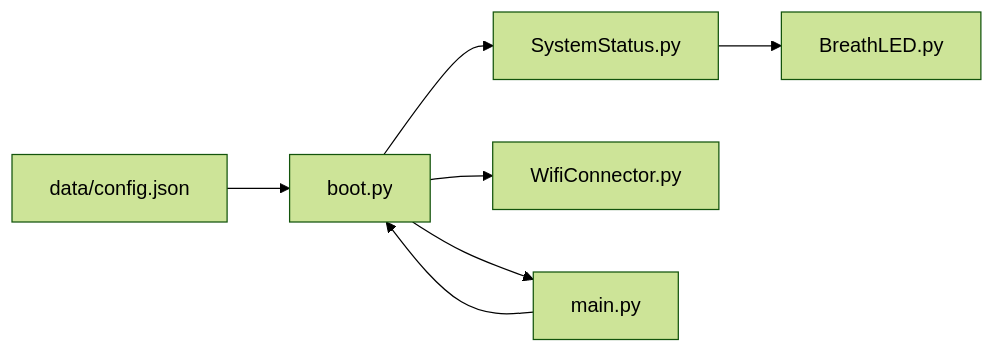
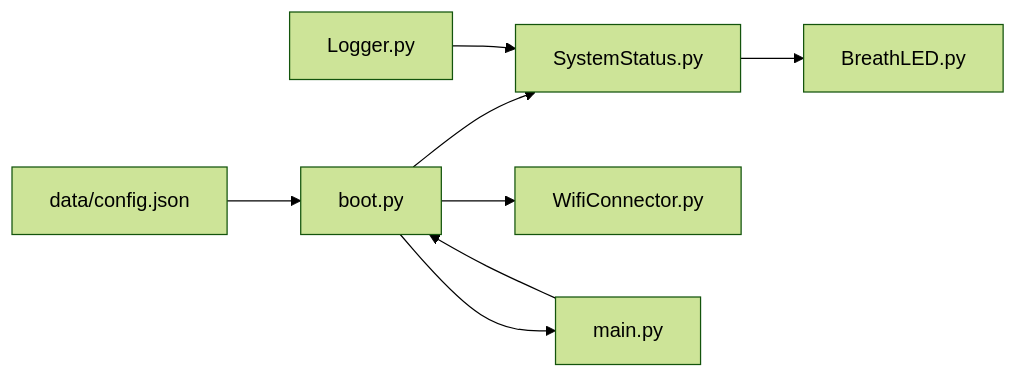
The sixth of 6 diagrams in .qoder/repowiki/zh/content/核心模块/系统状态指示.md (qq20739111/weilushishe-lishitai), drawn with Mermaid (forest theme) before and after one commit. The commit also changed other lines of this file and 23 other files, not shown here.

````diff
--- a/.qoder/repowiki/zh/content/核心模块/系统状态指示.md
+++ b/.qoder/repowiki/zh/content/核心模块/系统状态指示.md
@@ -227,9 +242,10 @@
 ```mermaid
 graph LR
 Boot["boot.py"] --> Sys["SystemStatus.py"]
 Boot --> Wifi["WifiConnector.py"]
 Boot --> Main["main.py"]
 Sys --> Led["BreathLED.py"]
 Main --> Boot
 Config["data/config.json"] --> Boot
+Logger["Logger.py"] --> Sys
 ```
````
